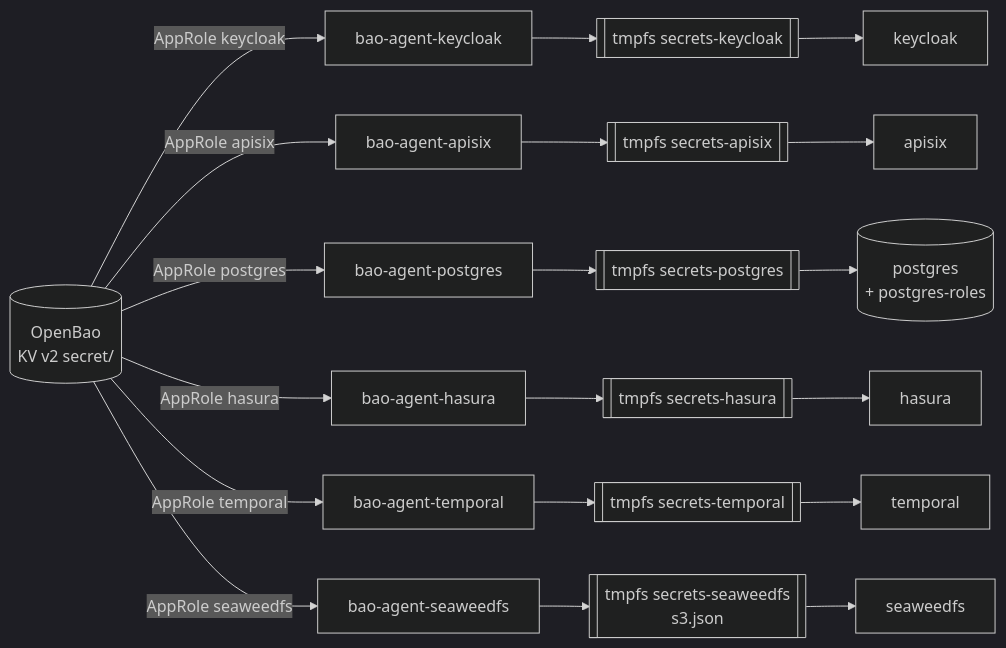
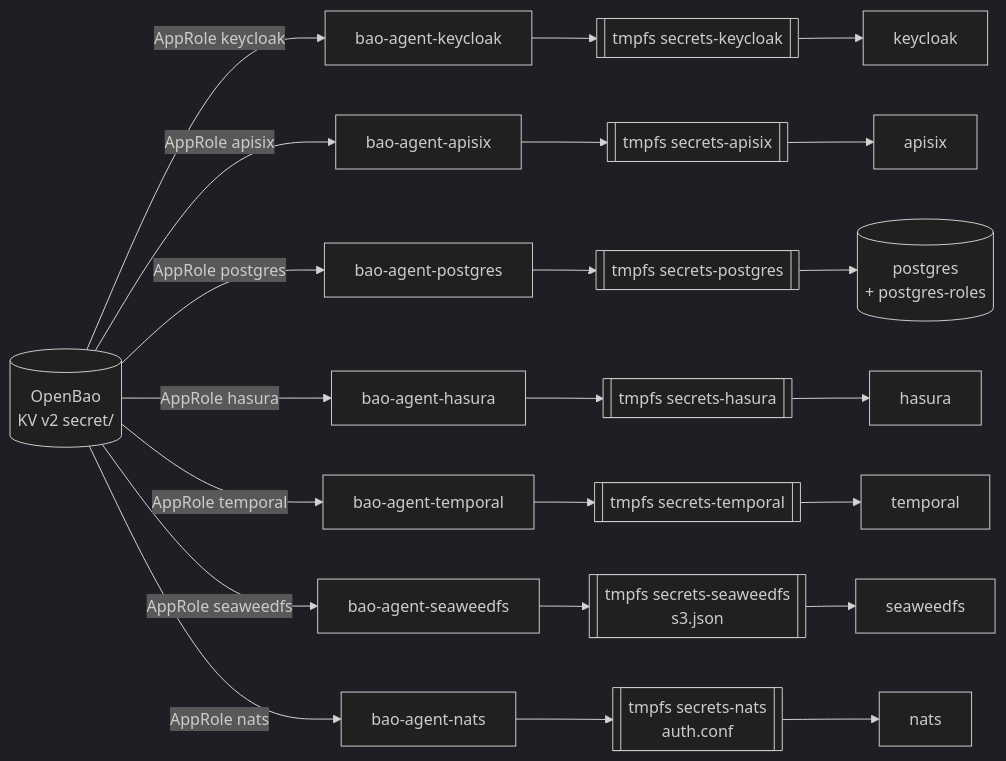
One commit to disaster-dxos/disaster-dxos changed the tenth of 11 diagrams in docs/architecture.md. Above: the diagram before and after it, drawn with Mermaid (dark theme). The commit also changed other lines of this file and 35 other files, not shown here.

````diff
--- a/docs/architecture.md
+++ b/docs/architecture.md
@@ -508,10 +552,11 @@
 ```mermaid
 flowchart LR
   BAO[("OpenBao<br/>KV v2 secret/")]
   BAO -->|"AppRole keycloak"| AK["bao-agent-keycloak"] --> VK[["tmpfs secrets-keycloak"]] --> KC["keycloak"]
   BAO -->|"AppRole apisix"| AA["bao-agent-apisix"] --> VA[["tmpfs secrets-apisix"]] --> GW["apisix"]
   BAO -->|"AppRole postgres"| AP["bao-agent-postgres"] --> VP[["tmpfs secrets-postgres"]] --> PG[("postgres<br/>+ postgres-roles")]
   BAO -->|"AppRole hasura"| AH["bao-agent-hasura"] --> VH[["tmpfs secrets-hasura"]] --> HS["hasura"]
   BAO -->|"AppRole temporal"| AT["bao-agent-temporal"] --> VT[["tmpfs secrets-temporal"]] --> TP["temporal"]
   BAO -->|"AppRole seaweedfs"| AS["bao-agent-seaweedfs"] --> VS[["tmpfs secrets-seaweedfs<br/>s3.json"]] --> SW["seaweedfs"]
+  BAO -->|"AppRole nats"| AN["bao-agent-nats"] --> VN[["tmpfs secrets-nats<br/>auth.conf"]] --> NT["nats"]
 ```
````
